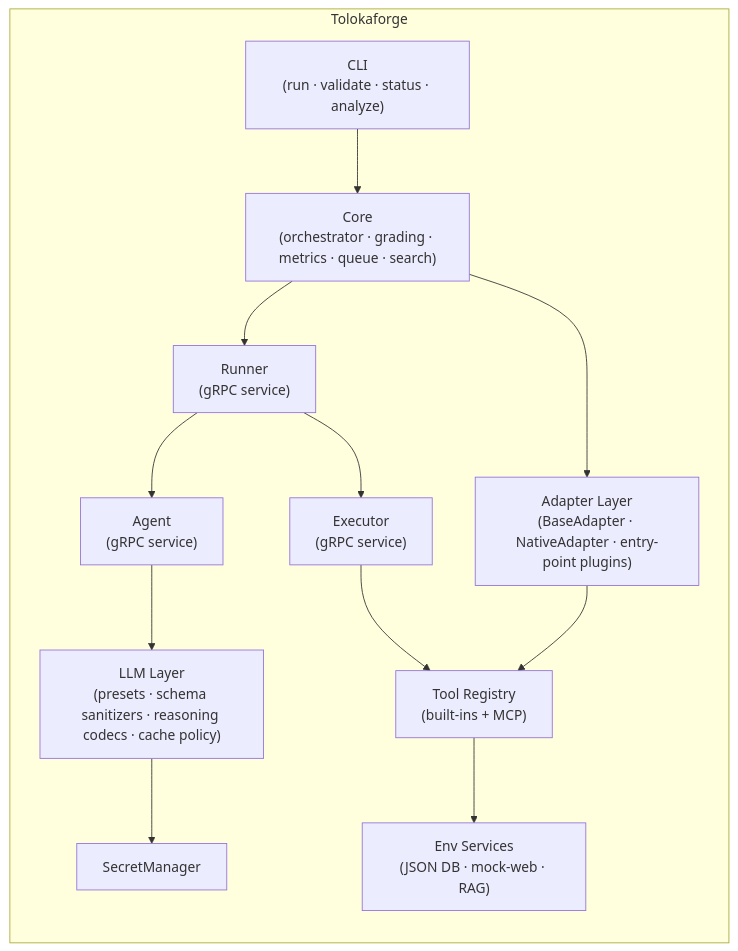
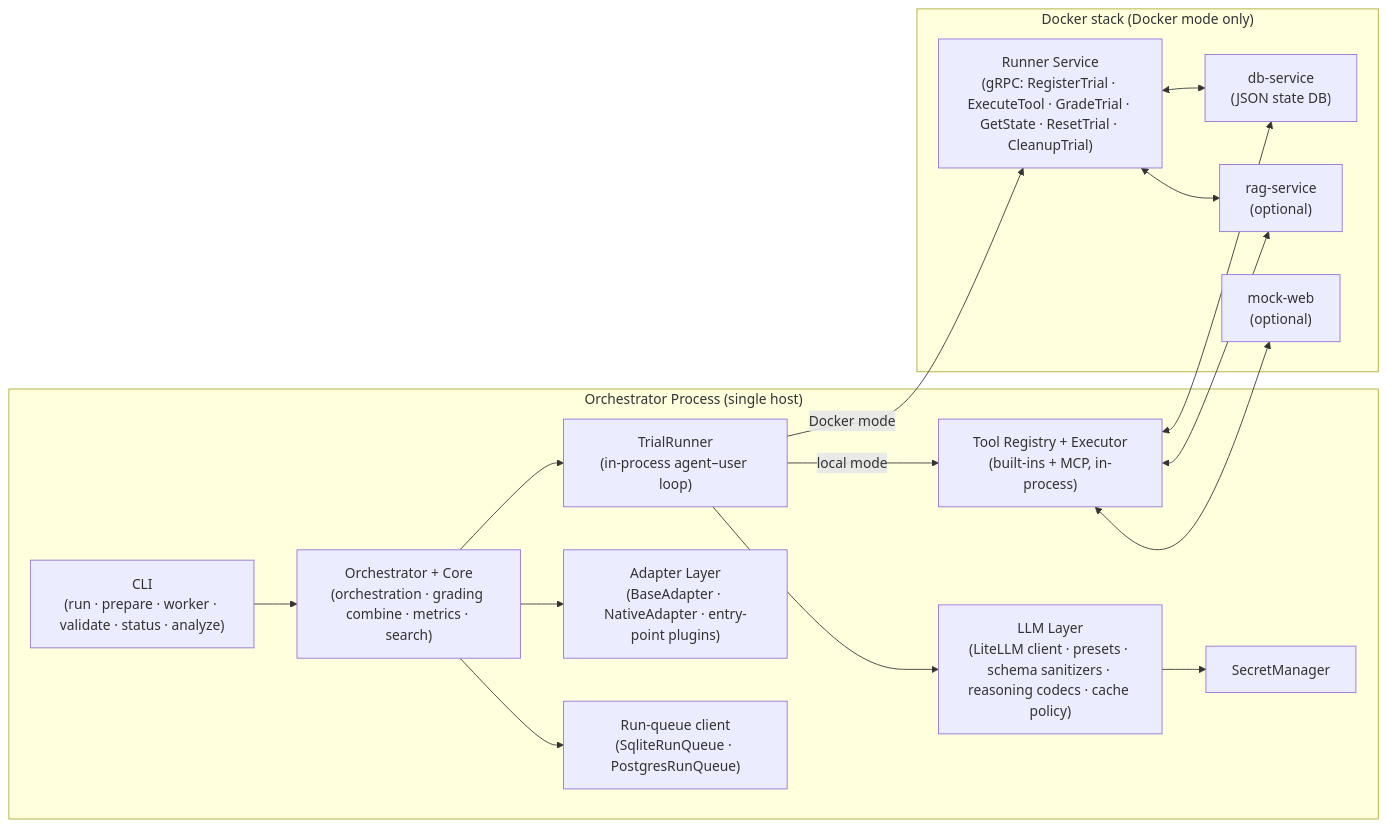
Before and after one commit to Toloka/tolokaforge: the second of 6 diagrams in docs/architecture/README.md, drawn with Mermaid. The commit also changed other lines of this file, not shown here.

First line of the commit message:
docs(architecture): align overview with actual code

````diff
--- a/docs/architecture/README.md
+++ b/docs/architecture/README.md
@@ -96,26 +97,34 @@
 ```mermaid
 flowchart LR
-    subgraph Forge["Tolokaforge"]
-        CLI["CLI<br/>(run · validate · status · analyze)"]
-        Core["Core<br/>(orchestrator · grading · metrics · queue · search)"]
+    subgraph Orchestrator["Orchestrator Process (single host)"]
+        CLI["CLI<br/>(run · prepare · worker · validate · status · analyze)"]
+        Core["Orchestrator + Core<br/>(orchestration · grading combine · metrics · search)"]
+        TR["TrialRunner<br/>(in-process agent–user loop)"]
         Adapters["Adapter Layer<br/>(BaseAdapter · NativeAdapter · entry-point plugins)"]
-        Runner["Runner<br/>(gRPC service)"]
-        Agent["Agent<br/>(gRPC service)"]
-        Executor["Executor<br/>(gRPC service)"]
-        LLMLayer["LLM Layer<br/>(presets · schema sanitizers · reasoning codecs · cache policy)"]
-        Tools["Tool Registry<br/>(built-ins + MCP)"]
+        LLMLayer["LLM Layer<br/>(LiteLLM client · presets · schema sanitizers · reasoning codecs · cache policy)"]
+        ToolsLocal["Tool Registry + Executor<br/>(built-ins + MCP, in-process)"]
         Secrets["SecretManager"]
-        EnvSvc["Env Services<br/>(JSON DB · mock-web · RAG)"]
+        QueueLib["Run-queue client<br/>(SqliteRunQueue · PostgresRunQueue)"]
+    end
+
+    subgraph DockerOpt["Docker stack (Docker mode only)"]
+        RunnerSvc["Runner Service<br/>(gRPC: RegisterTrial · ExecuteTool · GradeTrial · GetState · ResetTrial · CleanupTrial)"]
+        DBSvc["db-service<br/>(JSON state DB)"]
+        RAGSvc["rag-service<br/>(optional)"]
+        MockWeb["mock-web<br/>(optional)"]
     end
 
     CLI --> Core
     Core --> Adapters
-    Core --> Runner
-    Runner --> Agent
-    Runner --> Executor
-    Agent --> LLMLayer
-    Executor --> Tools
-    Adapters --> Tools
+    Core --> TR
+    Core --> QueueLib
+    TR --> LLMLayer
+    TR -- "local mode" --> ToolsLocal
+    TR -- "Docker mode" --> RunnerSvc
     LLMLayer --> Secrets
-    Tools --> EnvSvc
+    RunnerSvc <--> DBSvc
+    RunnerSvc <--> RAGSvc
+    ToolsLocal <--> DBSvc
+    ToolsLocal <--> RAGSvc
+    ToolsLocal <--> MockWeb
 ```
````
